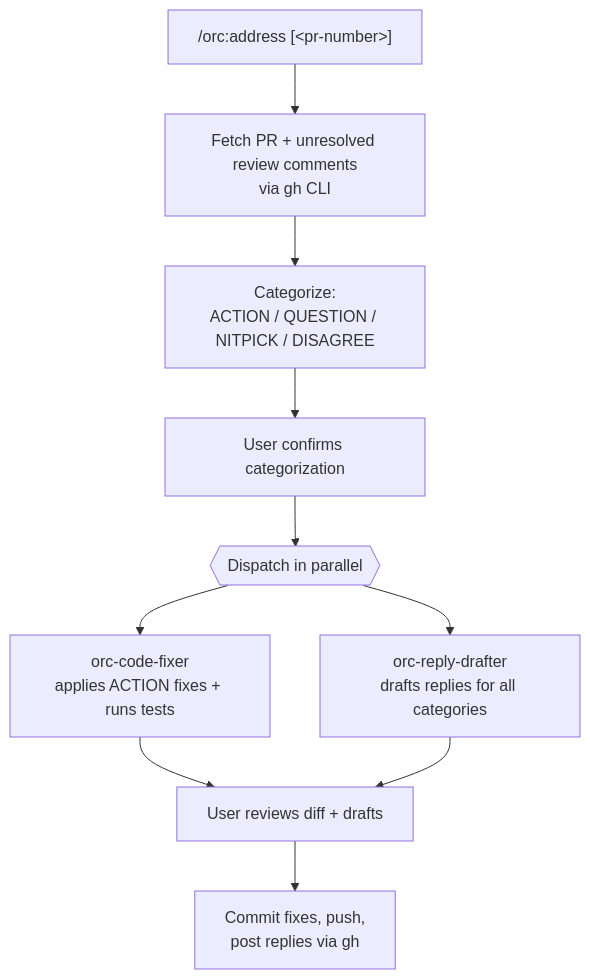
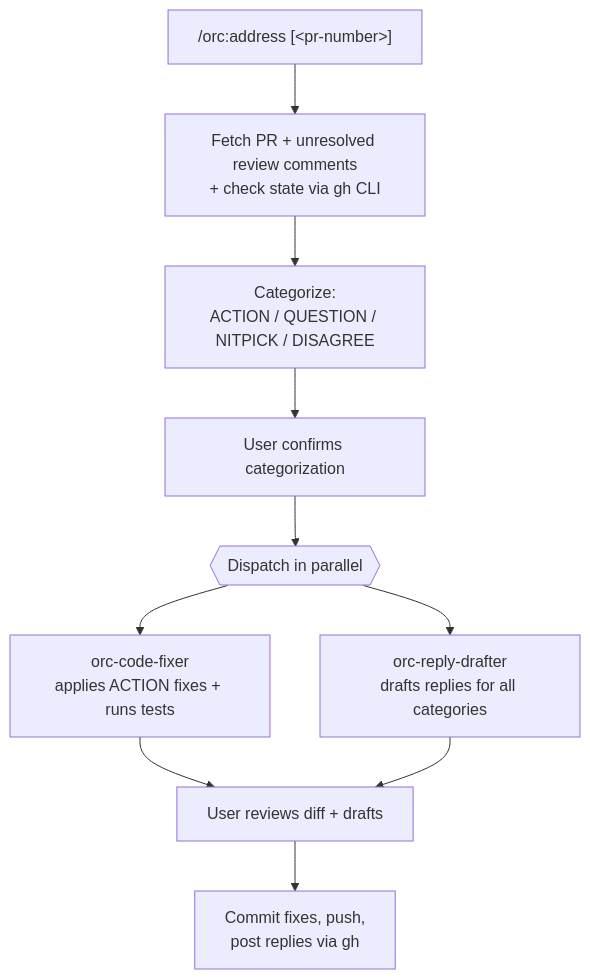
Before and after one commit to HigorAlves/orc: the diagram in examples/07-responding-to-pr-feedback.md, drawn with Mermaid. The commit also changed other lines of this file and 13 other files, not shown here.

````diff
--- a/examples/07-responding-to-pr-feedback.md
+++ b/examples/07-responding-to-pr-feedback.md
@@ -11,17 +11,17 @@
 ```mermaid
 flowchart TD
     cmd["/orc:address [&lt;pr-number&gt;]"]
-    fetch[Fetch PR + unresolved review comments<br/>via gh CLI]
+    fetch[Fetch PR + unresolved review comments<br/>+ check state via gh CLI]
     cat[Categorize:<br/>ACTION / QUESTION / NITPICK / DISAGREE]
     confirm[User confirms categorization]
     parallel{{Dispatch in parallel}}
     fixer[orc-code-fixer<br/>applies ACTION fixes + runs tests]
     drafter[orc-reply-drafter<br/>drafts replies for all categories]
     review[User reviews diff + drafts]
     finish[Commit fixes, push,<br/>post replies via gh]
 
     cmd --> fetch --> cat --> confirm --> parallel
     parallel --> fixer --> review
     parallel --> drafter --> review
     review --> finish
 ```
````
